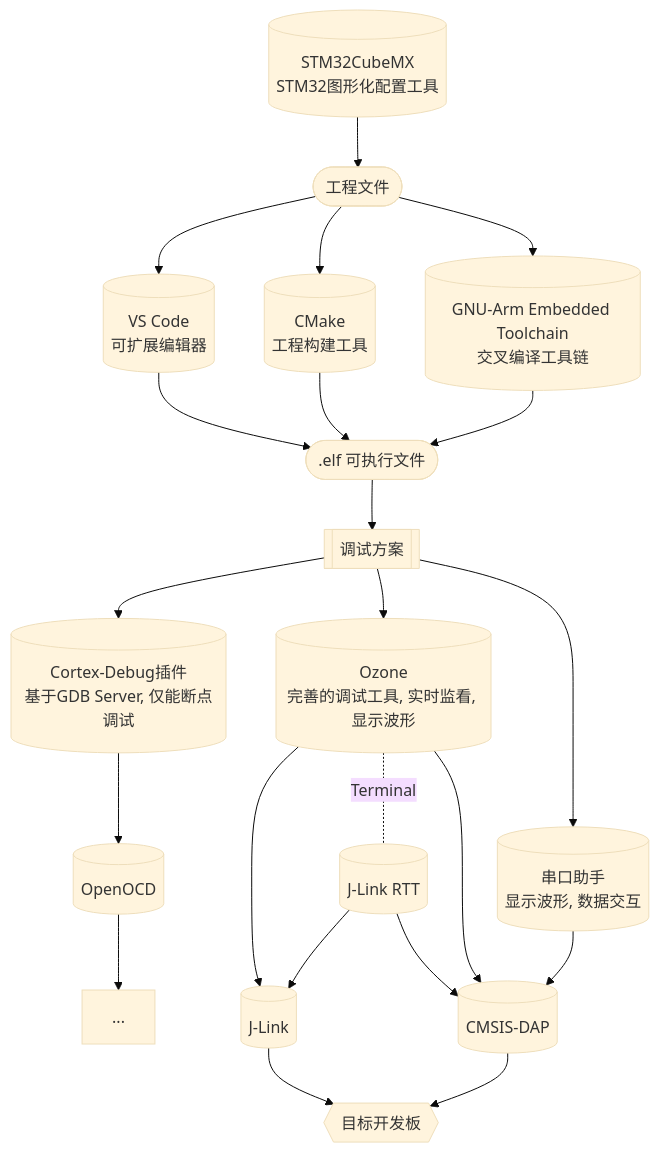
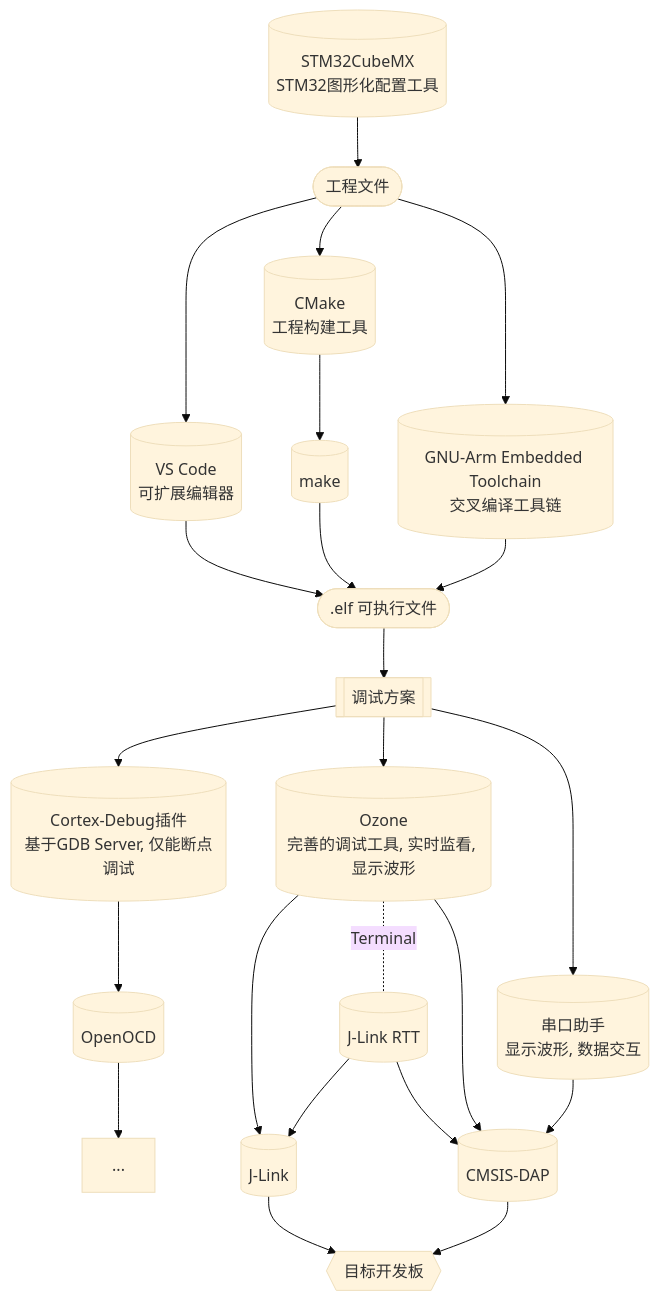
The diagram in docs/开发环境/CubeMX+VSCode+Ozone配置STM32开发环境(Windows系统).md (ZJU-HelloWorld/Wiki), drawn with Mermaid (base theme) before and after one commit. The commit also changed other lines of this file and 2 other files, not shown here.

````diff
--- a/docs/开发环境/CubeMX+VSCode+Ozone配置STM32开发环境(Windows系统).md
+++ b/docs/开发环境/CubeMX+VSCode+Ozone配置STM32开发环境(Windows系统).md
@@ -7,16 +7,17 @@
 ```mermaid
 graph TD
 id3[(STM32CubeMX<br>STM32图形化配置工具)]-->id2([工程文件])-->id5 & id7 & id1
 id5[(VS Code<br>可扩展编辑器)]-->id9
+id77[(make)]-->id9
 id1[(GNU-Arm Embedded Toolchain<br>交叉编译工具链)]-->id9([.elf 可执行文件])
-id7[(CMake<br>工程构建工具)]-->id9
+id7[(CMake<br>工程构建工具)]-->id77
 id9-->id10[[调试方案]]-->id12[(Cortex-Debug插件<br>基于GDB Server, 仅能断点调试)]
 id11-->id14[(J-Link)]-->id19
 id12-->id17[(OpenOCD)]-->...
 id15[(CMSIS-DAP)]-->id19{{目标开发板}}
 id10-->id11[(Ozone<br>完善的调试工具, 实时监看, 显示波形)]
 id11-.Terminal.-id16[(J-Link RTT)]-->id14
 id10-->id18[(串口助手<br>显示波形, 数据交互)]-->id15
 id11-->id15
 id16-->id15
 ```
````
